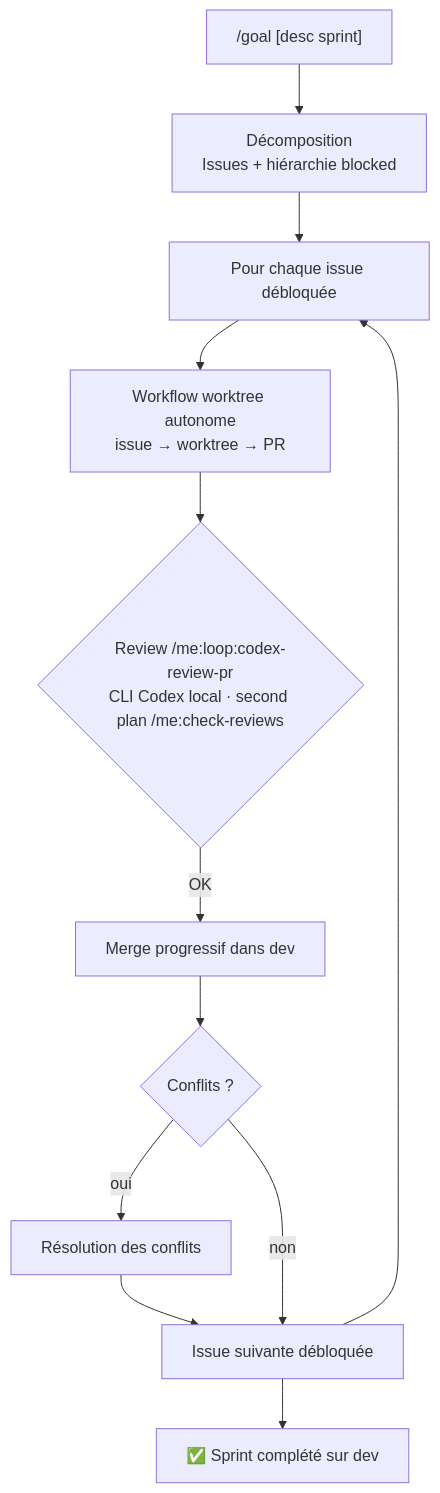
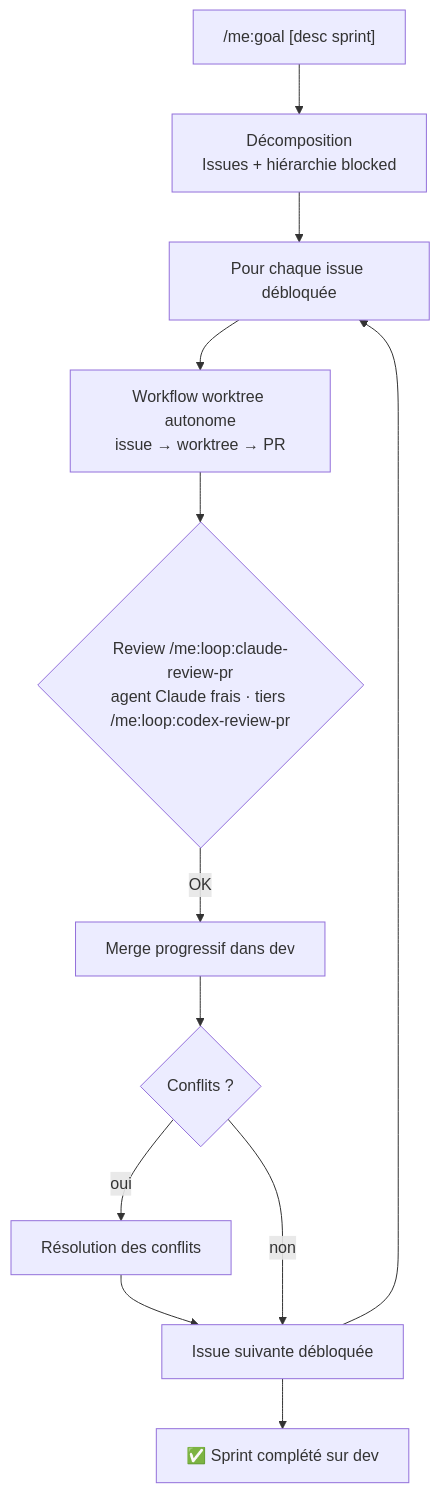
Before and after one commit to kbrdn1/dotfiles: the fifth of 8 diagrams in dot_claude/WORKFLOW.md, drawn with Mermaid. The commit also changed other lines of this file and 20 other files, not shown here.

````diff
--- a/dot_claude/WORKFLOW.md
+++ b/dot_claude/WORKFLOW.md
@@ -243,14 +248,14 @@
 ```mermaid
 flowchart TD
-    A["/goal [desc sprint]"] --> B[Décomposition<br/>Issues + hiérarchie blocked]
+    A["/me:goal [desc sprint]"] --> B[Décomposition<br/>Issues + hiérarchie blocked]
     B --> C[Pour chaque issue débloquée]
     C --> D[Workflow worktree autonome<br/>issue → worktree → PR]
-    D --> E{Review /me:loop:codex-review-pr<br/>CLI Codex local · second plan /me:check-reviews}
+    D --> E{Review /me:loop:claude-review-pr<br/>agent Claude frais · tiers /me:loop:codex-review-pr}
     E -->|OK| F[Merge progressif dans dev]
     F --> G{Conflits ?}
     G -->|oui| H[Résolution des conflits]
     H --> I
     G -->|non| I[Issue suivante débloquée]
     I --> C
     I --> J[✅ Sprint complété sur dev]
 ```
````
